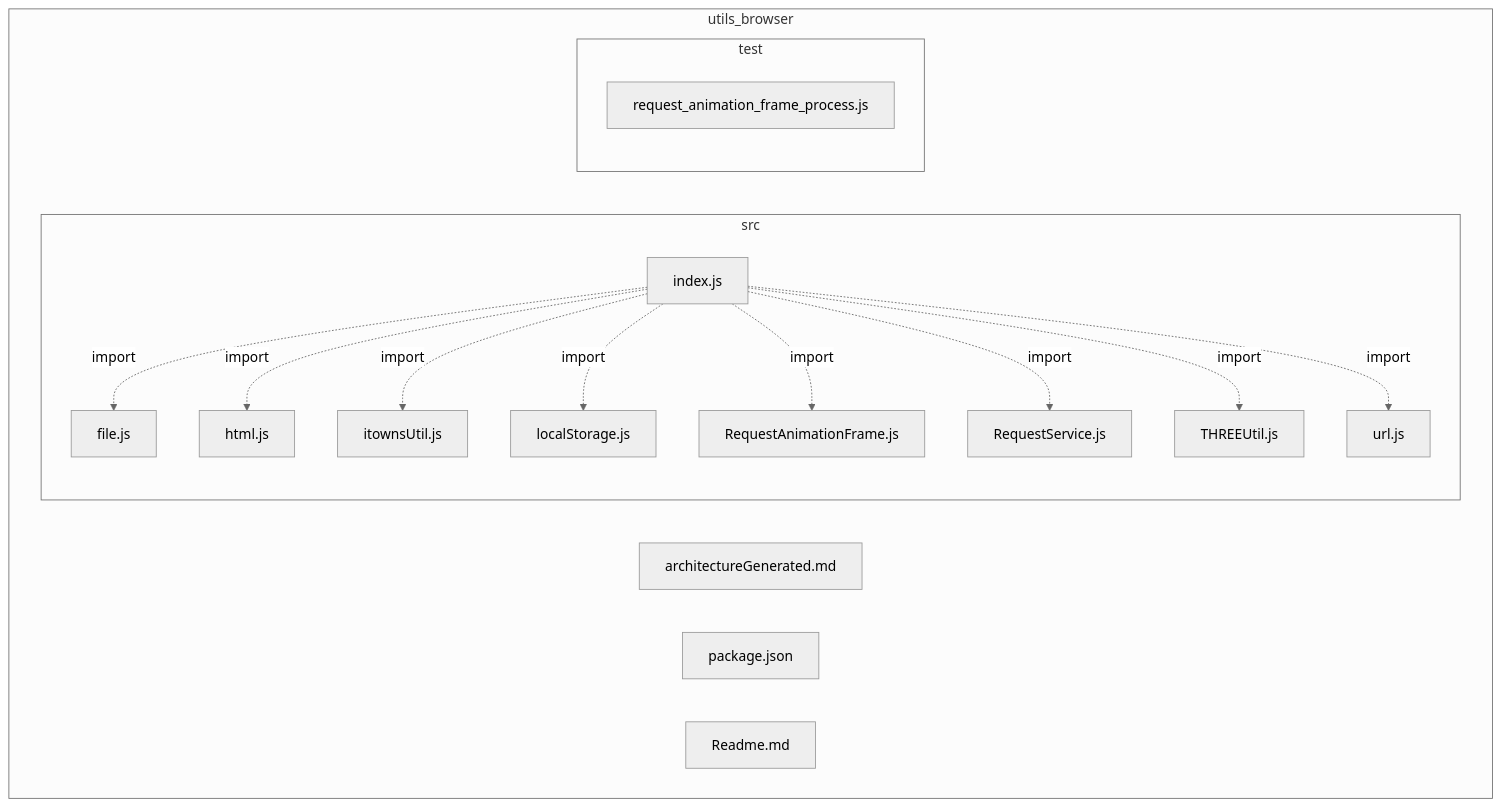
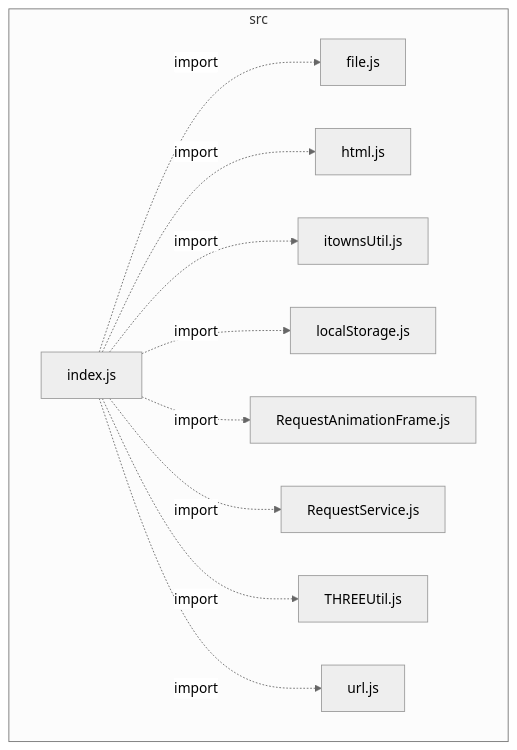
Before and after one commit to VCityTeam/UD-Viz: the diagram in packages/utils_browser/architectureGenerated.md, drawn with Mermaid (neutral theme). The commit also changed 25 other files, not shown here.

Commit message:
update(doc):generate diagrams from *package*/src/

````diff
--- a/packages/utils_browser/architectureGenerated.md
+++ b/packages/utils_browser/architectureGenerated.md
@@ -1,30 +1,22 @@
 ```mermaid
 flowchart
- subgraph IDutils5fbrowser["utils_browser"]
-  IDutils5fbrowserArchitectureGenerated2emd["architectureGenerated.md"]
-  IDutils5fbrowserPackage2ejson["package.json"]
-  IDutils5fbrowserReadme2emd["Readme.md"]
-  subgraph IDutils5fbrowserSrc["src"]
-   IDutils5fbrowserSrcFile2ejs["file.js"]
-   IDutils5fbrowserSrcHtml2ejs["html.js"]
-   IDutils5fbrowserSrcIndex2ejs["index.js"]
-   IDutils5fbrowserSrcItownsUtil2ejs["itownsUtil.js"]
-   IDutils5fbrowserSrcLocalStorage2ejs["localStorage.js"]
-   IDutils5fbrowserSrcRequestAnimationFrame2ejs["RequestAnimationFrame.js"]
-   IDutils5fbrowserSrcRequestService2ejs["RequestService.js"]
-   IDutils5fbrowserSrcTHREEUtil2ejs["THREEUtil.js"]
-   IDutils5fbrowserSrcUrl2ejs["url.js"]
-  end
-  subgraph IDutils5fbrowserTest["test"]
-   IDutils5fbrowserTestRequest5fanimation5fframe5fprocess2ejs["request_animation_frame_process.js"]
-  end
+ subgraph IDsrc["src"]
+  IDsrcFile2ejs["file.js"]
+  IDsrcHtml2ejs["html.js"]
+  IDsrcIndex2ejs["index.js"]
+  IDsrcItownsUtil2ejs["itownsUtil.js"]
+  IDsrcLocalStorage2ejs["localStorage.js"]
+  IDsrcRequestAnimationFrame2ejs["RequestAnimationFrame.js"]
+  IDsrcRequestService2ejs["RequestService.js"]
+  IDsrcTHREEUtil2ejs["THREEUtil.js"]
+  IDsrcUrl2ejs["url.js"]
  end
-IDutils5fbrowserSrcIndex2ejs-.->|import|IDutils5fbrowserSrcFile2ejs
-IDutils5fbrowserSrcIndex2ejs-.->|import|IDutils5fbrowserSrcHtml2ejs
-IDutils5fbrowserSrcIndex2ejs-.->|import|IDutils5fbrowserSrcItownsUtil2ejs
-IDutils5fbrowserSrcIndex2ejs-.->|import|IDutils5fbrowserSrcLocalStorage2ejs
-IDutils5fbrowserSrcIndex2ejs-.->|import|IDutils5fbrowserSrcRequestAnimationFrame2ejs
-IDutils5fbrowserSrcIndex2ejs-.->|import|IDutils5fbrowserSrcRequestService2ejs
-IDutils5fbrowserSrcIndex2ejs-.->|import|IDutils5fbrowserSrcTHREEUtil2ejs
-IDutils5fbrowserSrcIndex2ejs-.->|import|IDutils5fbrowserSrcUrl2ejs
+IDsrcIndex2ejs-.->|import|IDsrcFile2ejs
+IDsrcIndex2ejs-.->|import|IDsrcHtml2ejs
+IDsrcIndex2ejs-.->|import|IDsrcItownsUtil2ejs
+IDsrcIndex2ejs-.->|import|IDsrcLocalStorage2ejs
+IDsrcIndex2ejs-.->|import|IDsrcRequestAnimationFrame2ejs
+IDsrcIndex2ejs-.->|import|IDsrcRequestService2ejs
+IDsrcIndex2ejs-.->|import|IDsrcTHREEUtil2ejs
+IDsrcIndex2ejs-.->|import|IDsrcUrl2ejs
 ```
````
